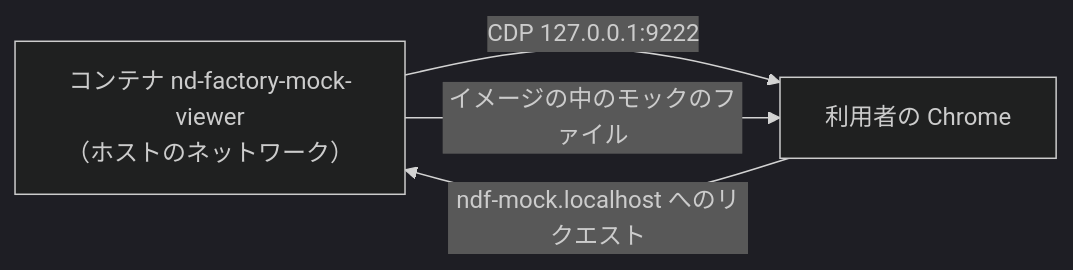
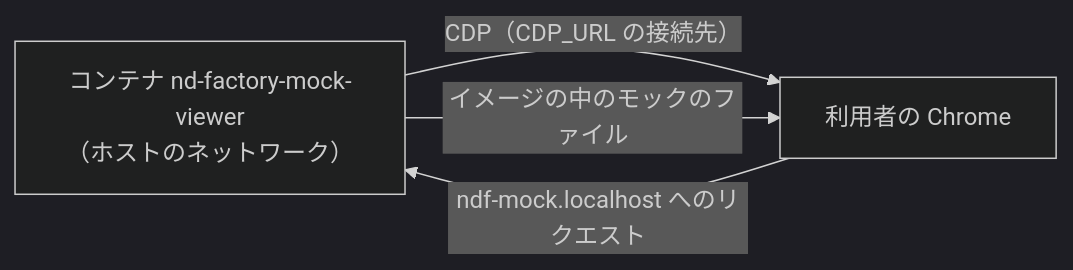
Before and after one commit to devbasex/nd-factory: the diagram in .claude/skills/mock-viewer/SKILL.md, drawn with Mermaid (dark theme). The commit also changed other lines of this file and 3 other files, not shown here.

````diff
--- a/.claude/skills/mock-viewer/SKILL.md
+++ b/.claude/skills/mock-viewer/SKILL.md
@@ -12,6 +12,6 @@
 ```mermaid
 flowchart LR
-  C["コンテナ nd-factory-mock-viewer<br/>（ホストのネットワーク）"] -- "CDP 127.0.0.1:9222" --> B["利用者の Chrome"]
+  C["コンテナ nd-factory-mock-viewer<br/>（ホストのネットワーク）"] -- "CDP（CDP_URL の接続先）" --> B["利用者の Chrome"]
   B -- "ndf-mock.localhost へのリクエスト" --> C
   C -- "イメージの中のモックのファイル" --> B
 ```
````
